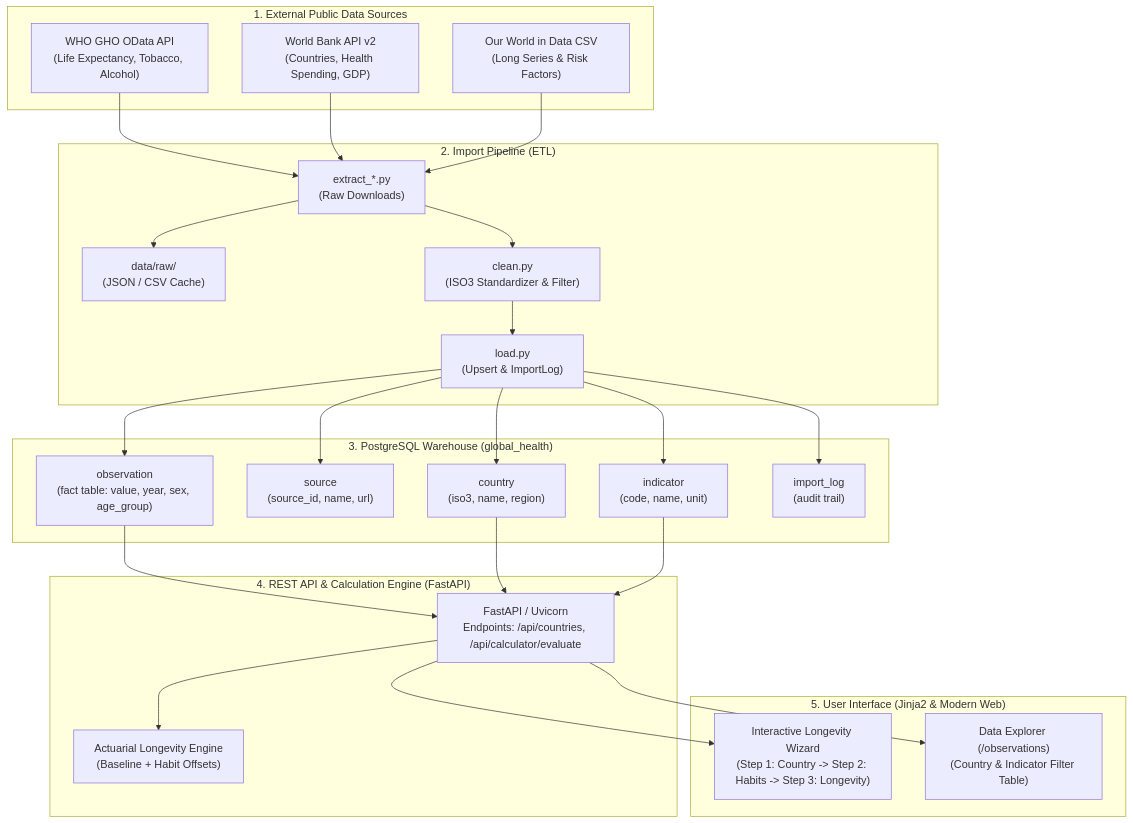
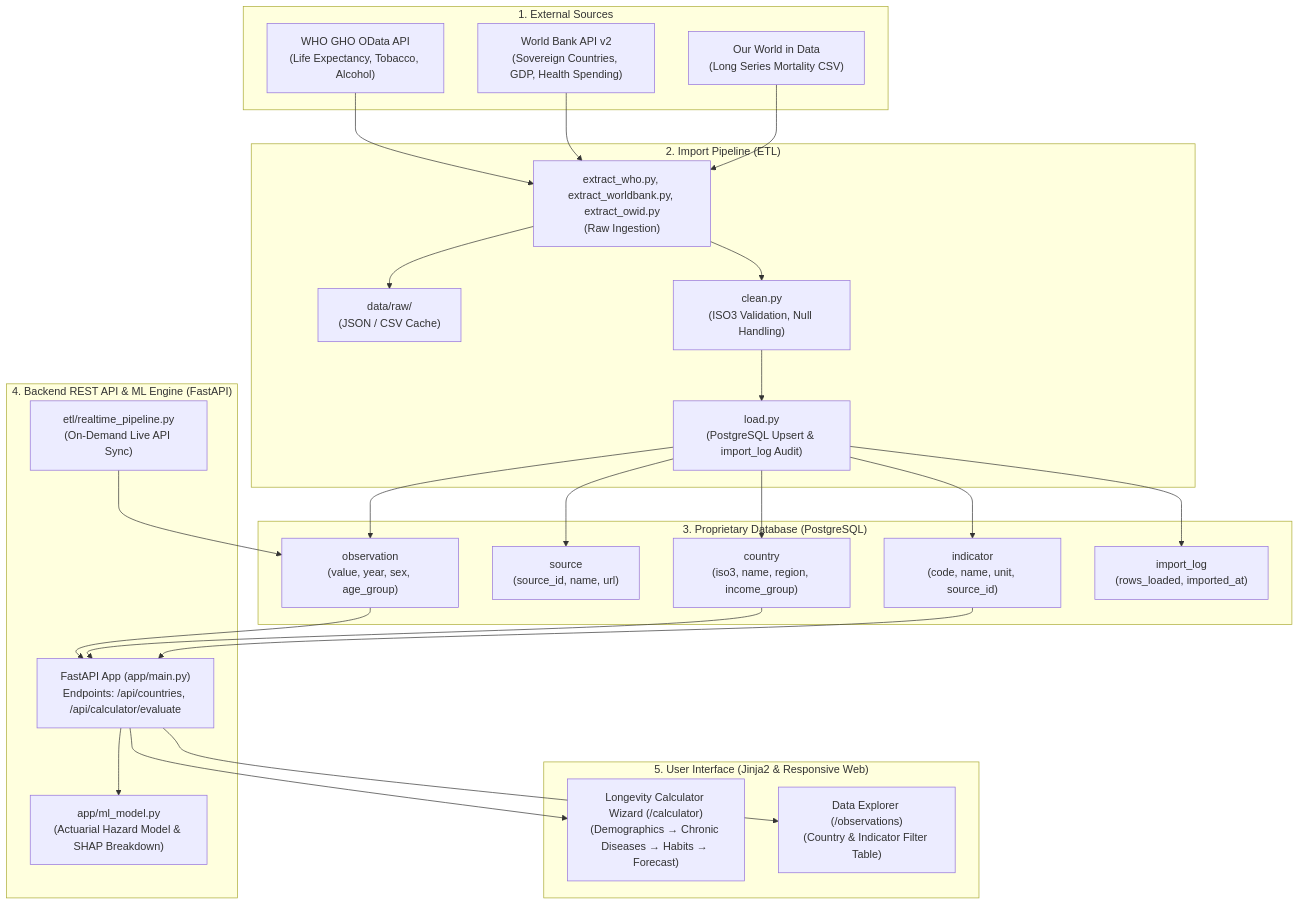
The first of 2 diagrams in REPORT_LAB1.md (studor722/CSPGH), drawn with Mermaid before and after one commit. The commit also changed other lines of this file and 6 other files, not shown here.

Commit message:
Lab 1 deliverable: completed checklist (Tasks 1.2 - 1.9), database warehouse and report

````diff
--- a/REPORT_LAB1.md
+++ b/REPORT_LAB1.md
@@ -85,52 +118,54 @@
 ```mermaid
 flowchart TD
-    subgraph ExternalSources["1. External Public Data Sources"]
+    subgraph Layer1["1. External Sources"]
         WHO["WHO GHO OData API\n(Life Expectancy, Tobacco, Alcohol)"]
-        WB["World Bank API v2\n(Countries, Health Spending, GDP)"]
-        OWID["Our World in Data CSV\n(Long Series & Risk Factors)"]
+        WB["World Bank API v2\n(Sovereign Countries, GDP, Health Spending)"]
+        OWID["Our World in Data\n(Long Series Mortality CSV)"]
     end
 
-    subgraph Pipeline["2. Import Pipeline (ETL)"]
-        Extract["extract_*.py\n(Raw Downloads)"]
-        Cache["data/raw/\n(JSON / CSV Cache)"]
-        Clean["clean.py\n(ISO3 Standardizer & Filter)"]
-        Load["load.py\n(Upsert & ImportLog)"]
+    subgraph Layer2["2. Import Pipeline (ETL)"]
+        Extractors["extract_who.py, extract_worldbank.py, extract_owid.py\n(Raw Ingestion)"]
+        RawCache["data/raw/\n(JSON / CSV Cache)"]
+        Clean["clean.py\n(ISO3 Validation, Null Handling)"]
+        Load["load.py\n(PostgreSQL Upsert & import_log Audit)"]
     end
 
-    subgraph Database["3. PostgreSQL Warehouse (global_health)"]
-        Country["country\n(iso3, name, region)"]
+    subgraph Layer3["3. Proprietary Database (PostgreSQL)"]
+        Country["country\n(iso3, name, region, income_group)"]
         Source["source\n(source_id, name, url)"]
-        Indicator["indicator\n(code, name, unit)"]
-        Obs["observation\n(fact table: value, year, sex, age_group)"]
-        Audit["import_log\n(audit trail)"]
+        Indicator["indicator\n(code, name, unit, source_id)"]
+        Observation["observation\n(value, year, sex, age_group)"]
+        Audit["import_log\n(rows_loaded, imported_at)"]
     end
 
-    subgraph Backend["4. REST API & Calculation Engine (FastAPI)"]
-        API["FastAPI / Uvicorn\nEndpoints: /api/countries, /api/calculator/evaluate"]
-        Engine["Actuarial Longevity Engine\n(Baseline + Habit Offsets)"]
+    subgraph Layer4["4. Backend REST API & ML Engine (FastAPI)"]
+        API["FastAPI App (app/main.py)\nEndpoints: /api/countries, /api/calculator/evaluate"]
+        MLEngine["app/ml_model.py\n(Actuarial Hazard Model & SHAP Breakdown)"]
+        LivePipeline["etl/realtime_pipeline.py\n(On-Demand Live API Sync)"]
     end
 
-    subgraph Frontend["5. User Interface (Jinja2 & Modern Web)"]
-        CalcUI["Interactive Longevity Wizard\n(Step 1: Country -> Step 2: Habits -> Step 3: Longevity)"]
+    subgraph Layer5["5. User Interface (Jinja2 & Responsive Web)"]
+        CalcUI["Longevity Calculator Wizard (/calculator)\n(Demographics → Chronic Diseases → Habits → Forecast)"]
         ObsUI["Data Explorer (/observations)\n(Country & Indicator Filter Table)"]
     end
 
-    WHO --> Extract
-    WB --> Extract
-    OWID --> Extract
-    Extract --> Cache
-    Extract --> Clean
+    WHO --> Extractors
+    WB --> Extractors
+    OWID --> Extractors
+    Extractors --> RawCache
+    Extractors --> Clean
     Clean --> Load
-    Load --> Obs
+    Load --> Observation
     Load --> Country
     Load --> Indicator
     Load --> Source
     Load --> Audit
 
-    Obs --> API
+    Observation --> API
     Country --> API
     Indicator --> API
-    API --> Engine
+    API --> MLEngine
+    LivePipeline --> Observation
     API --> CalcUI
     API --> ObsUI
 ```
````
